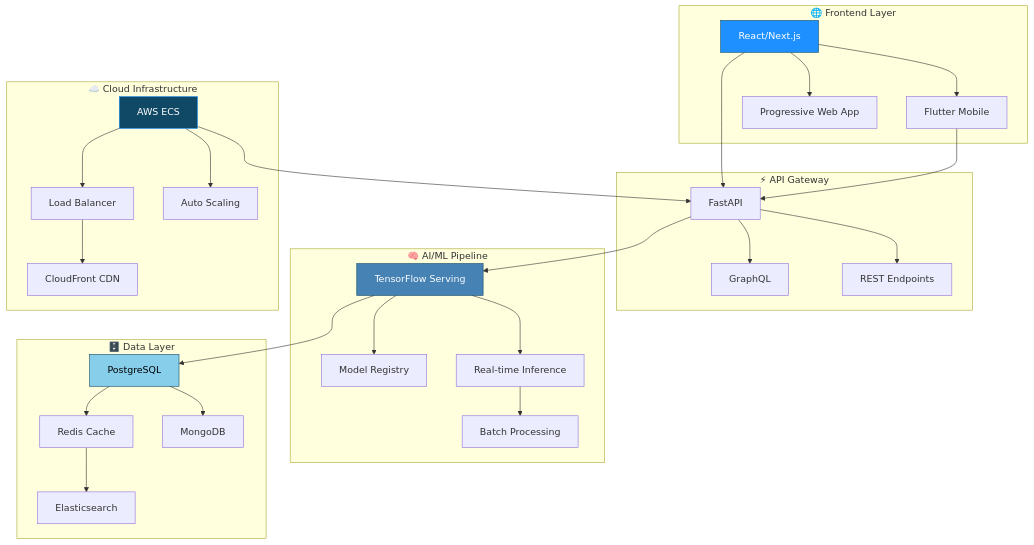
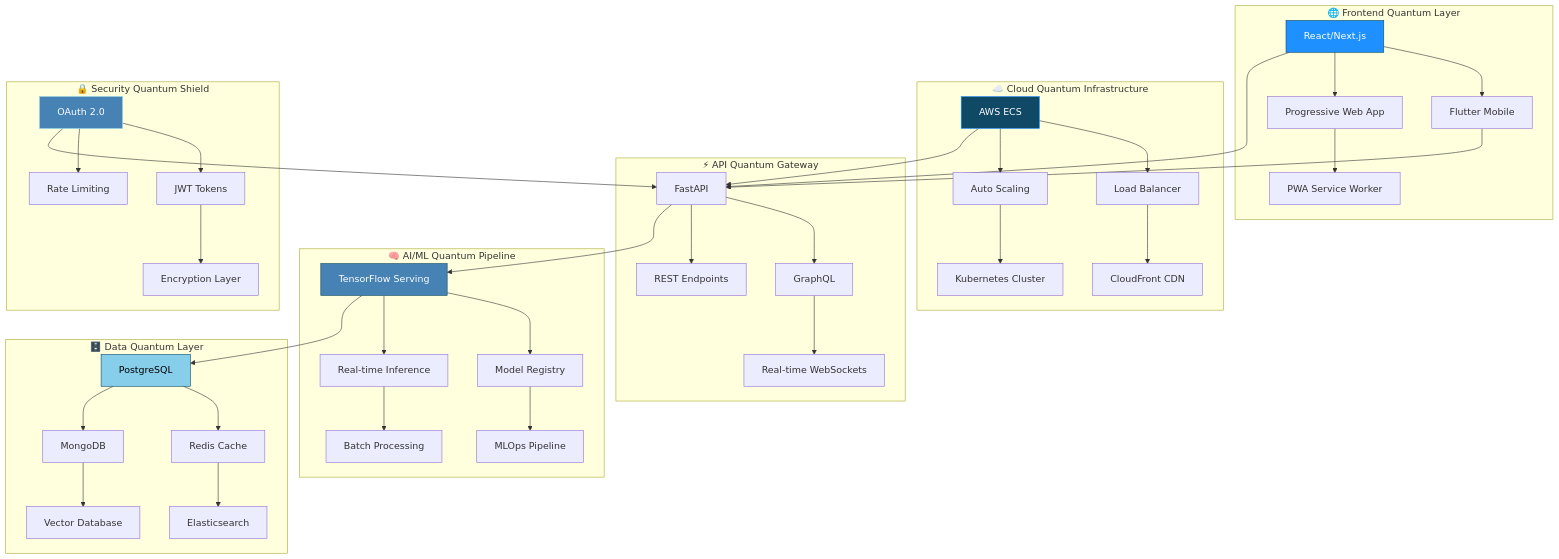
The third of 3 diagrams in readme.md (turanya/TURANYAMISHRA), drawn with Mermaid before and after one commit. The commit also changed other lines of this file, not shown here.

````diff
--- a/readme.md
+++ b/readme.md
@@ -205,41 +283,54 @@
 ```mermaid
 graph TB
-    subgraph "🌐 Frontend Layer"
+    subgraph "🌐 Frontend Quantum Layer"
         A[React/Next.js] --> B[Flutter Mobile]
         A --> C[Progressive Web App]
+        C --> D[PWA Service Worker]
     end
     
-    subgraph "⚡ API Gateway"
-        D[FastAPI] --> E[GraphQL]
-        D --> F[REST Endpoints]
+    subgraph "⚡ API Quantum Gateway"
+        E[FastAPI] --> F[GraphQL]
+        E --> G[REST Endpoints]
+        F --> H[Real-time WebSockets]
     end
     
-    subgraph "🧠 AI/ML Pipeline"
-        G[TensorFlow Serving] --> H[Model Registry]
-        G --> I[Real-time Inference]
-        I --> J[Batch Processing]
+    subgraph "🧠 AI/ML Quantum Pipeline"
+        I[TensorFlow Serving] --> J[Model Registry]
+        I --> K[Real-time Inference]
+        K --> L[Batch Processing]
+        J --> M[MLOps Pipeline]
     end
     
-    subgraph "🗄️ Data Layer"
-        K[PostgreSQL] --> L[Redis Cache]
-        K --> M[MongoDB]
-        L --> N[Elasticsearch]
+    subgraph "🗄️ Data Quantum Layer"
+        N[PostgreSQL] --> O[Redis Cache]
+        N --> P[MongoDB]
+        O --> Q[Elasticsearch]
+        P --> R[Vector Database]
     end
     
-    subgraph "☁️ Cloud Infrastructure"
-        O[AWS ECS] --> P[Load Balancer]
-        O --> Q[Auto Scaling]
-        P --> R[CloudFront CDN]
+    subgraph "☁️ Cloud Quantum Infrastructure"
+        S[AWS ECS] --> T[Load Balancer]
+        S --> U[Auto Scaling]
+        T --> V[CloudFront CDN]
+        U --> W[Kubernetes Cluster]
     end
     
-    A --> D
-    B --> D
-    D --> G
-    G --> K
-    O --> D
+    subgraph "🔒 Security Quantum Shield"
+        X[OAuth 2.0] --> Y[JWT Tokens]
+        X --> Z[Rate Limiting]
+        Y --> AA[Encryption Layer]
+    end
+    
+    A --> E
+    B --> E
+    E --> I
+    I --> N
+    S --> E
+    X --> E
     
     style A fill:#1E90FF,stroke:#104966,color:#fff
-    style G fill:#4682B4,stroke:#104966,color:#fff
-    style K fill:#87CEEB,stroke:#104966,color:#000
-    style O fill:#104966,stroke:#1E90FF,color:#fff
+    style I fill:#4682B4,stroke:#104966,color:#fff
+    style N fill:#87CEEB,stroke:#104966,color:#000
+    style S fill:#104966,stroke:#1E90FF,color:#fff
+    style X fill:#4682B4,stroke:#87CEEB,color:#fff
 ```
````
